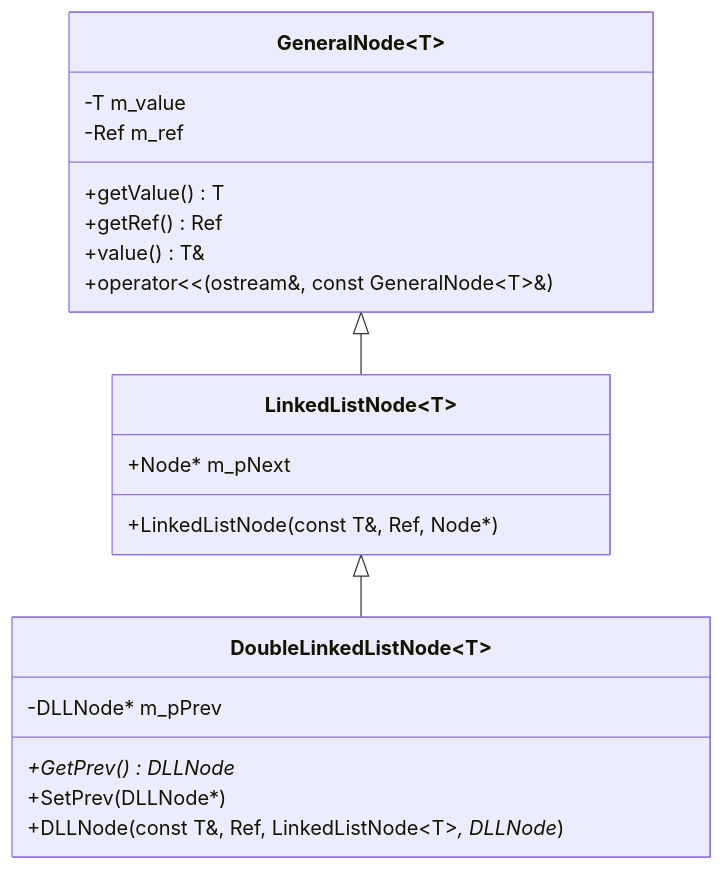
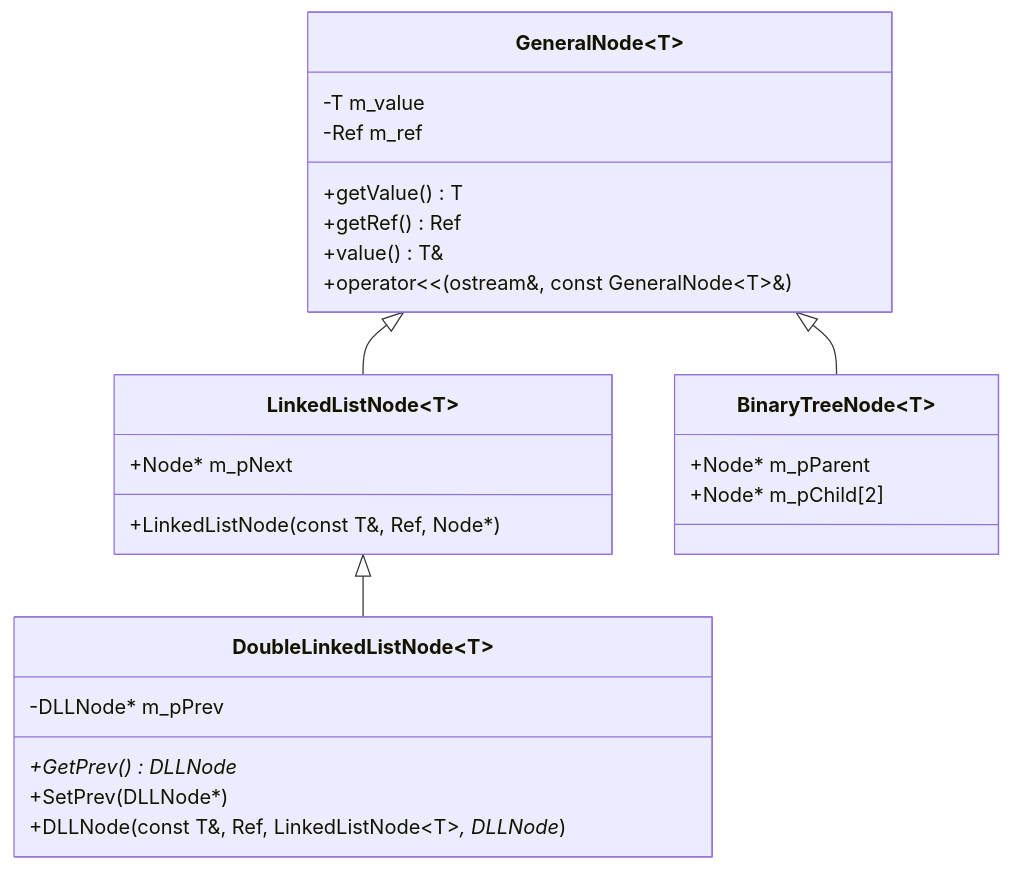
The first of 6 diagrams in docs/jerarquias-clases.md (PieroVioleta/2026-II-CS-UNI-CC0E5-AEDAv), drawn with Mermaid before and after one commit. The commit also changed other lines of this file, not shown here.

````diff
--- a/docs/jerarquias-clases.md
+++ b/docs/jerarquias-clases.md
@@ -5,23 +5,28 @@
 ```mermaid
 classDiagram
     class GeneralNode~T~ {
         -T m_value
         -Ref m_ref
         +getValue() T
         +getRef() Ref
         +value() T&
         +operator<<(ostream&, const GeneralNode~T~&)
     }
     class LinkedListNode~T~ {
         +Node* m_pNext
         +LinkedListNode(const T&, Ref, Node*)
     }
     class DoubleLinkedListNode~T~ {
         -DLLNode* m_pPrev
         +GetPrev() DLLNode*
         +SetPrev(DLLNode*)
         +DLLNode(const T&, Ref, LinkedListNode~T~*, DLLNode*)
     }
+    class BinaryTreeNode~T~ {
+        +Node* m_pParent
+        +Node* m_pChild[2]
+    }
     GeneralNode~T~ <|-- LinkedListNode~T~
     LinkedListNode~T~ <|-- DoubleLinkedListNode~T~
+    GeneralNode~T~ <|-- BinaryTreeNode~T~
 ```
````
